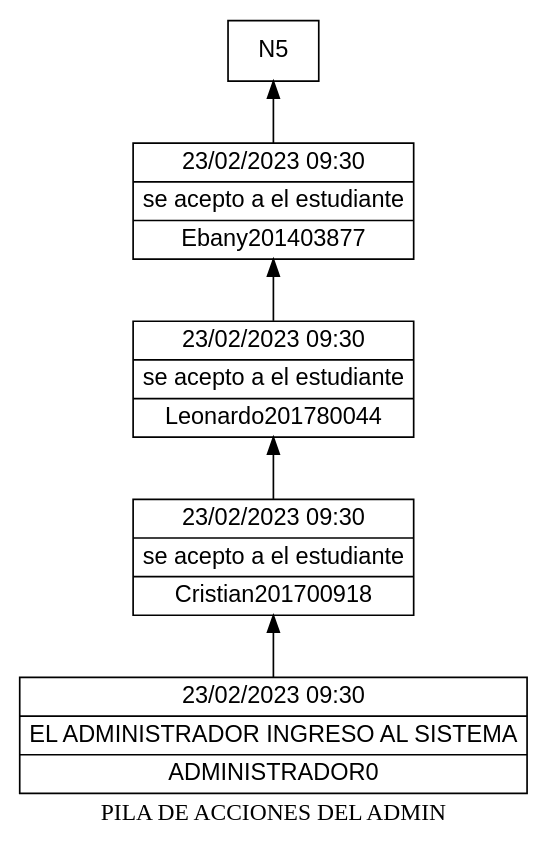
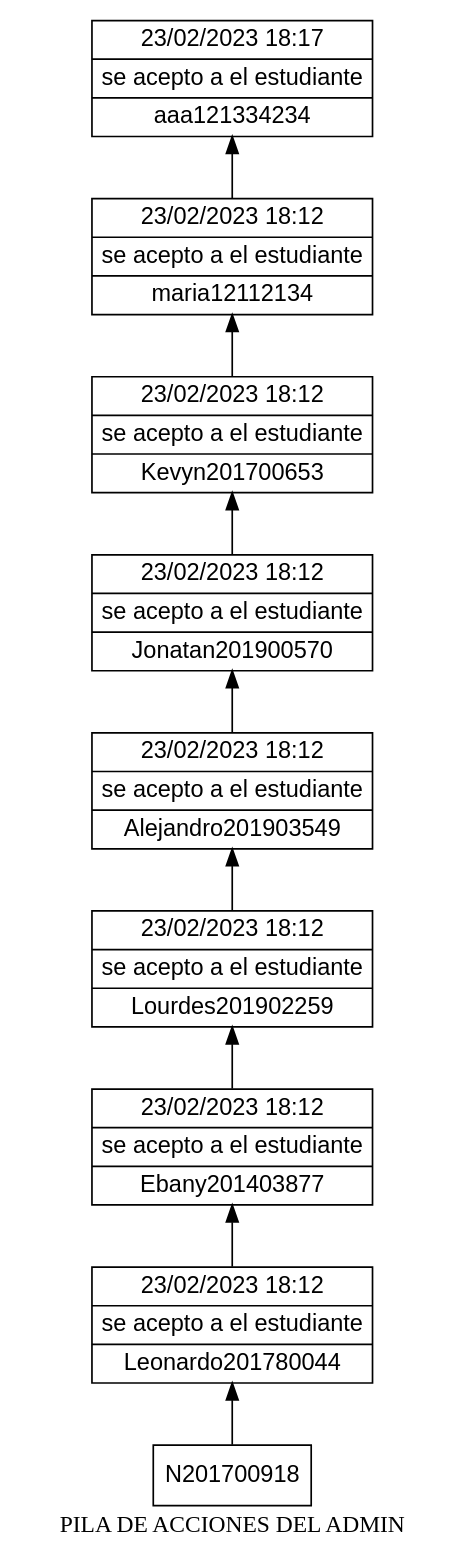
The diagram in EDD_Proyecto1_Fase1/pila.dot (Nahomi-Aparicio/EDD_1S2023_PY_202113293_F1), drawn with Graphviz before and after one commit. The commit also changed 12 other files, not shown here.

```diff
--- a/EDD_Proyecto1_Fase1/pila.dot
+++ b/EDD_Proyecto1_Fase1/pila.dot
@@ -1,14 +1,22 @@
 digraph G {
 rankdir=BT;
 node [shape=box];
 node [shape=record fontname=Arial]
 label = "PILA DE ACCIONES DEL ADMIN";
-N4[label="{23/02/2023      09:30     |se acepto a el estudiante|Ebany201403877}"];
-N1->N2;
-N3[label="{23/02/2023      09:30     |se acepto a el estudiante|Leonardo201780044}"];
-N2->N3;
-N2[label="{23/02/2023      09:30     |se acepto a el estudiante|Cristian201700918}"];
-N3->N4;
-N1[label="{23/02/2023      09:30     |EL ADMINISTRADOR INGRESO AL SISTEMA|ADMINISTRADOR0}"];
-N4->N5;
+N121334234[label="{23/02/2023      18:17     |se acepto a el estudiante|aaa121334234}"];
+N12112134->N121334234;
+N12112134[label="{23/02/2023      18:12     |se acepto a el estudiante|maria12112134}"];
+N201700653->N12112134;
+N201700653[label="{23/02/2023      18:12     |se acepto a el estudiante|Kevyn201700653}"];
+N201900570->N201700653;
+N201900570[label="{23/02/2023      18:12     |se acepto a el estudiante|Jonatan201900570}"];
+N201903549->N201900570;
+N201903549[label="{23/02/2023      18:12     |se acepto a el estudiante|Alejandro201903549}"];
+N201902259->N201903549;
+N201902259[label="{23/02/2023      18:12     |se acepto a el estudiante|Lourdes201902259}"];
+N201403877->N201902259;
+N201403877[label="{23/02/2023      18:12     |se acepto a el estudiante|Ebany201403877}"];
+N201780044->N201403877;
+N201780044[label="{23/02/2023      18:12     |se acepto a el estudiante|Leonardo201780044}"];
+N201700918->N201780044;
 }
```
